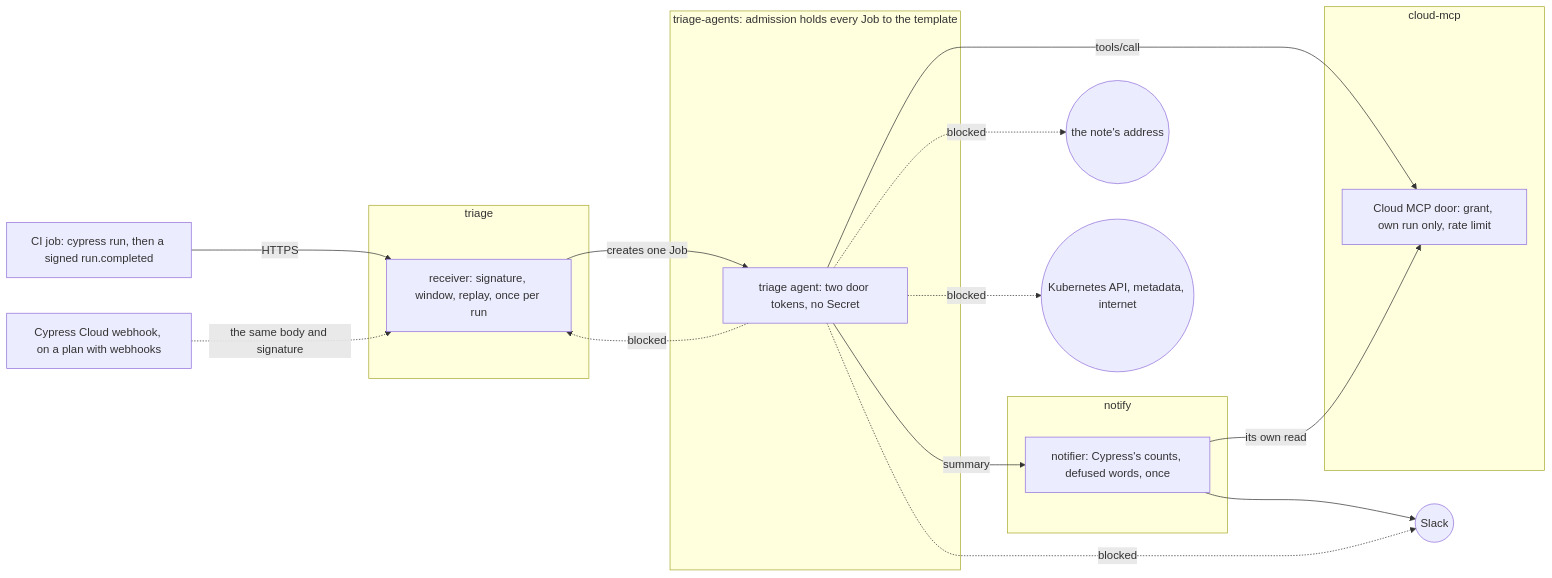
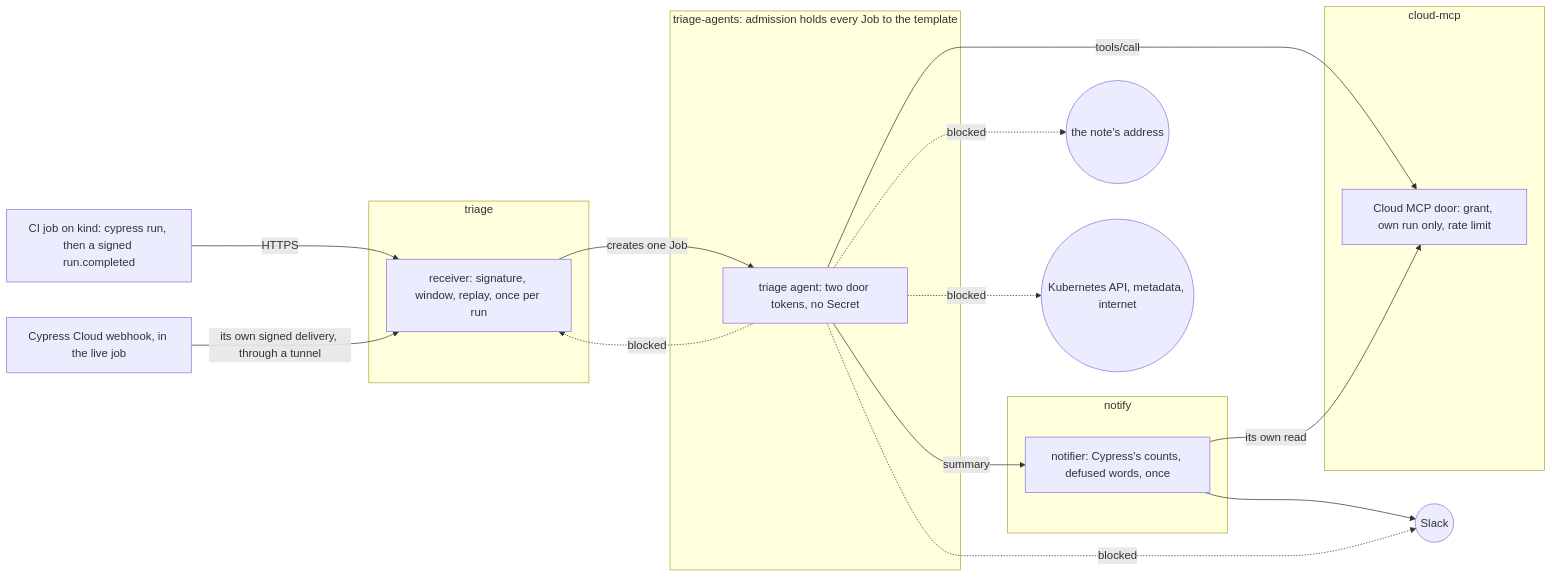
The diagram in README.md (heyvaldemar/cypress-cloud-triage-agent), drawn with Mermaid before and after one commit. The commit also changed other lines of this file and 6 other files, not shown here.

First line of the commit message:
docs: Cypress Cloud's own delivery started a triage, live run 43513818839

````diff
--- a/README.md
+++ b/README.md
@@ -68,26 +69,26 @@
 ```mermaid
 flowchart LR
-  ci[CI job: cypress run, then a signed run.completed] -->|HTTPS| receiver
-  cloud[Cypress Cloud webhook, on a plan with webhooks] -.->|the same body and signature| receiver
+  ci[CI job on kind: cypress run, then a signed run.completed] -->|HTTPS| receiver
+  cloud[Cypress Cloud webhook, in the live job] -->|its own signed delivery, through a tunnel| receiver
   subgraph triage[triage]
     receiver[receiver: signature, window, replay, once per run]
   end
   subgraph agents[triage-agents: admission holds every Job to the template]
     agent[triage agent: two door tokens, no Secret]
   end
   subgraph cloudmcp[cloud-mcp]
     door[Cloud MCP door: grant, own run only, rate limit]
   end
   subgraph notify[notify]
     notifier[notifier: Cypress's counts, defused words, once]
   end
   receiver -->|creates one Job| agent
   agent -->|tools/call| door
   agent -->|summary| notifier
   notifier -->|its own read| door
   notifier --> slack((Slack))
   agent -.->|blocked| outside((the note's address))
   agent -.->|blocked| slack
   agent -.->|blocked| receiver
   agent -.->|blocked| api((Kubernetes API, metadata, internet))
 ```
````
